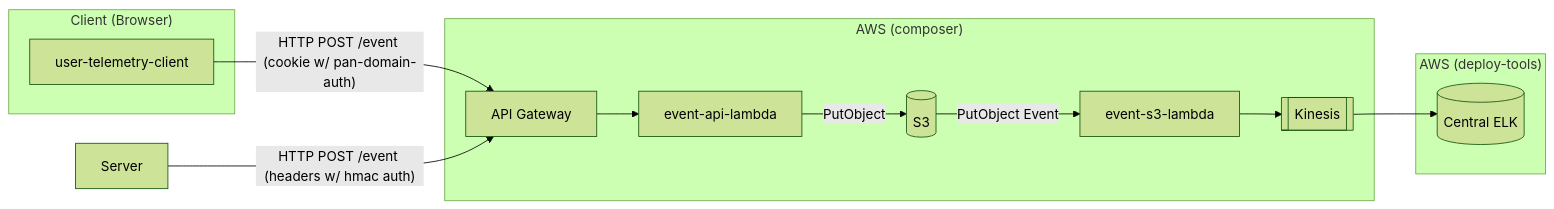
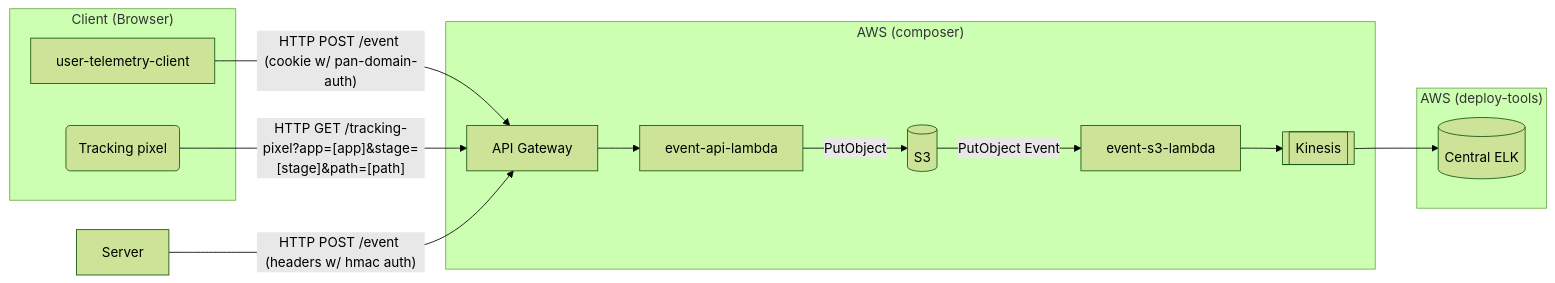
Before and after one commit to guardian/editorial-tools-user-telemetry-service: the diagram in README.md, drawn with Mermaid (forest theme).

Commit message:
Adds tracking pixel to README mermaid chart

````diff
--- a/README.md
+++ b/README.md
@@ -10,17 +10,19 @@
 ```mermaid
 flowchart LR
     subgraph "Client (Browser)"
         UTC[user-telemetry-client]
+        UTP(Tracking pixel)
     end
     UTC--"HTTP POST /event (cookie w/ pan-domain-auth)"-->AG[API Gateway]
+UTP--"HTTP GET /tracking-pixel?app=[app]&stage=[stage]&path=[path]"-->AG
 SRV[Server]--"HTTP POST /event (headers w/ hmac auth)"-->AG
 subgraph "AWS (composer)"
 AG-->EAL[event-api-lambda]
 EAL--PutObject-->S3[(S3)]
 S3--PutObject Event-->ESL[event-s3-lambda]
 ESL-->K[[Kinesis]]
 end
 subgraph "AWS (deploy-tools)"
 K-->CE[(Central ELK)]
 end
 ```
````
